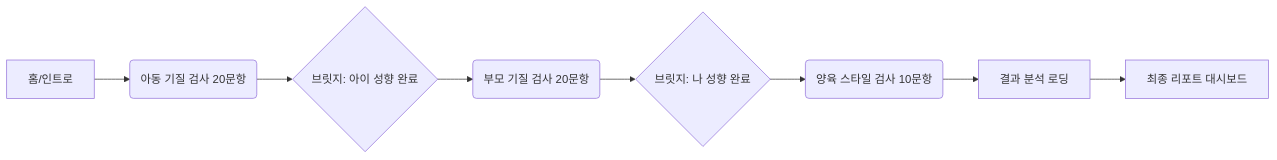
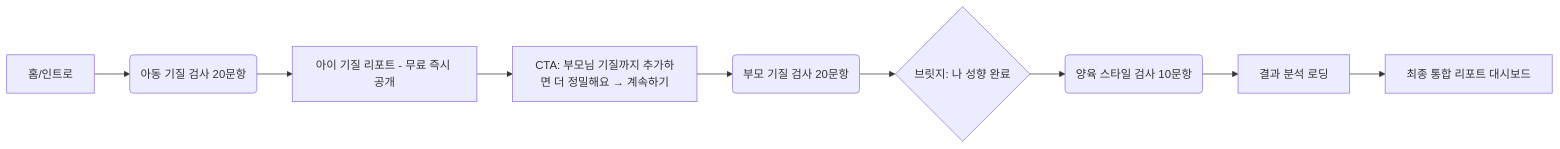
The diagram in .docs/50-ui/02-survey-ui-spec.md (iplepine/gijilai-web), drawn with Mermaid before and after one commit. The commit also changed other lines of this file and 4 other files, not shown here.

````diff
--- a/.docs/50-ui/02-survey-ui-spec.md
+++ b/.docs/50-ui/02-survey-ui-spec.md
@@ -8,10 +10,11 @@
 ```mermaid
 graph LR
     A[홈/인트로] --> B(아동 기질 검사 20문항)
-    B --> C{브릿지: 아이 성향 완료}
-    C --> D(부모 기질 검사 20문항)
-    D --> E{브릿지: 나 성향 완료}
-    E --> F(양육 스타일 검사 10문항)
-    F --> G[결과 분석 로딩]
-    G --> H[최종 리포트 대시보드]
+    B --> C[아이 기질 리포트 - 무료 즉시 공개]
+    C --> D["CTA: 부모님 기질까지 추가하면 더 정밀해요 → 계속하기"]
+    D --> E(부모 기질 검사 20문항)
+    E --> F{브릿지: 나 성향 완료}
+    F --> G(양육 스타일 검사 10문항)
+    G --> H[결과 분석 로딩]
+    H --> I[최종 통합 리포트 대시보드]
 ```
````
